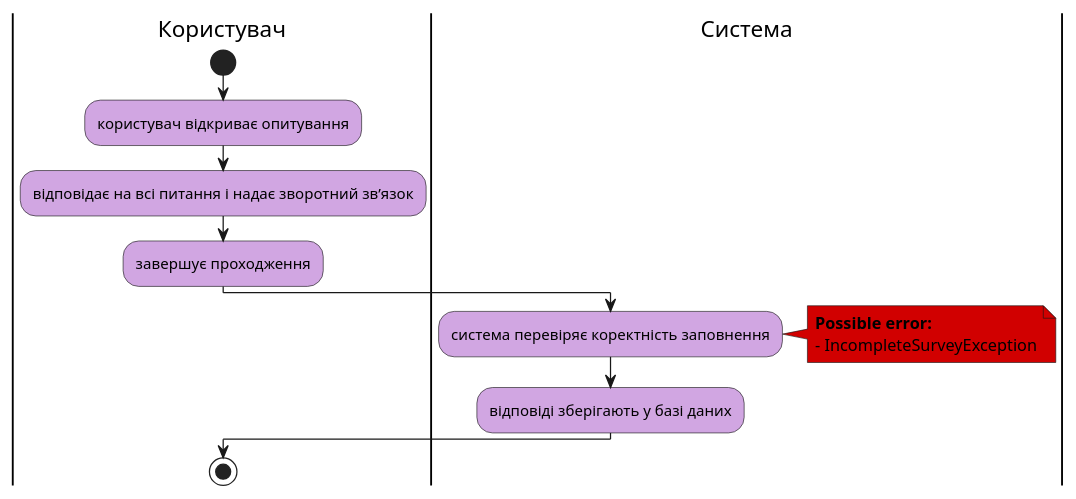
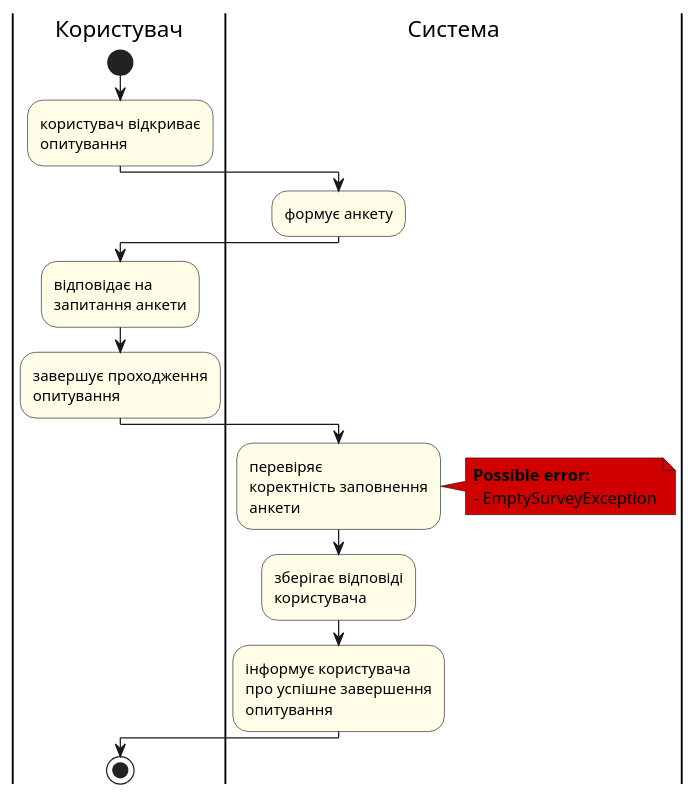
Before and after one commit to sunnytea0/db_labs_my: the seventh of 13 diagrams in docs/use cases/README.md, drawn with PlantUML. The commit also changed other lines of this file and 1 other file, not shown here.

```diff
--- a/docs/use cases/README.md
+++ b/docs/use cases/README.md
@@ -259,22 +259,29 @@
 @startuml
 
-    skinparam ActivityBackgroundColor #d1a6e2
+    skinparam ActivityBackgroundColor #fffde7
 
     |Користувач|
     start;
-    :користувач відкриває опитування;
-    :відповідає на всі питання і надає зворотний зв’язок;
-    :завершує проходження;
+    :користувач відкриває\nопитування;
 
     |Система|
-    :система перевіряє коректність заповнення;
+    :формує анкету;
+
+    |Користувач|
+    :відповідає на\nзапитання анкети;
+    :завершує проходження\nопитування;
+
+    |Система|
+    :перевіряє\nкоректність заповнення\nанкети;
     note right #D10000
     <b>Possible error:
-    - IncompleteSurveyException
+    - EmptySurveyException
     end note
-    :відповіді зберігають у базі даних;
+
+    :зберігає відповіді\nкористувача;
+    :інформує користувача\nпро успішне завершення\nопитування;
 
     |Користувач|
     stop;
 
 @enduml
```
